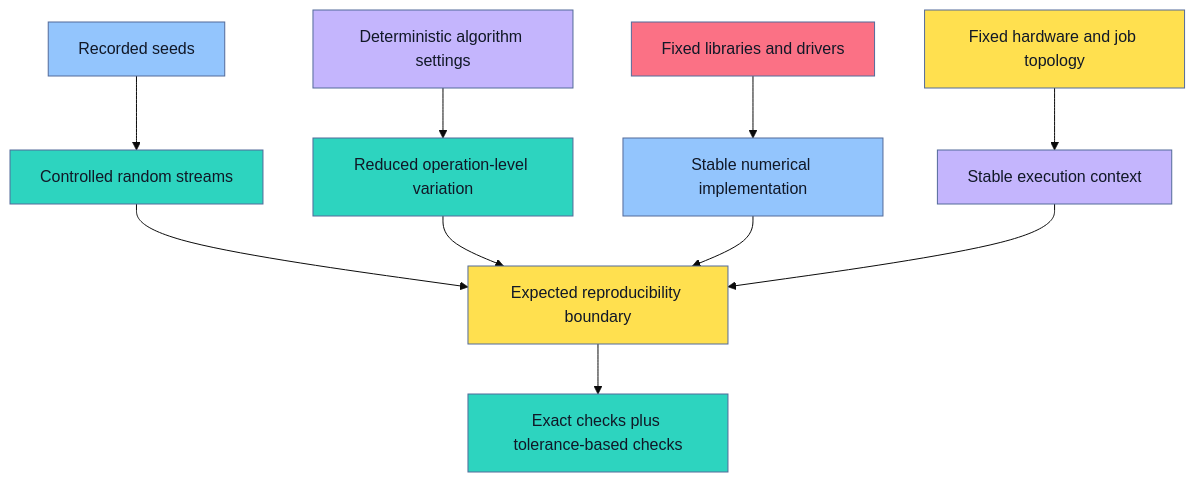
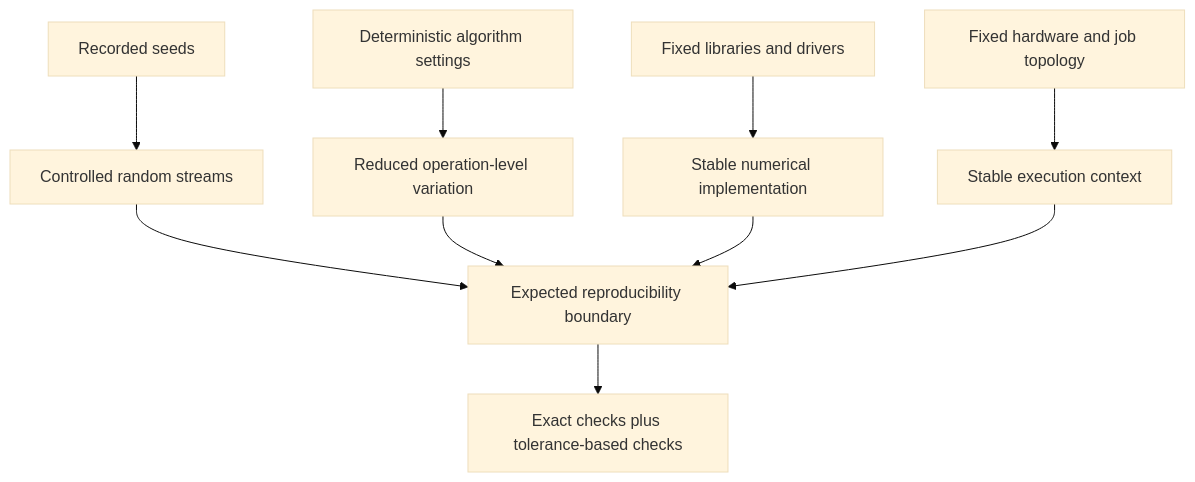
One commit to senlinyy/dev-roadmaps changed the sixth of 9 diagrams in roadmaps/mlops/modules/experiments-and-reproducibility/experiment-tracking/01-reproducible-ml-experiments.md. Above: the diagram before and after it, drawn with Mermaid (base theme). The commit also changed other lines of this file and 152 other files, not shown here.

Commit message:
feat: mlops and diagrams updated

````diff
--- a/roadmaps/mlops/modules/experiments-and-reproducibility/experiment-tracking/01-reproducible-ml-experiments.md
+++ b/roadmaps/mlops/modules/experiments-and-reproducibility/experiment-tracking/01-reproducible-ml-experiments.md
@@ -260,23 +260,23 @@
 ```mermaid
 flowchart TD
     A["Recorded seeds"] --> B["Controlled random streams"]
     C["Deterministic algorithm settings"] --> D["Reduced operation-level variation"]
     E["Fixed libraries and drivers"] --> F["Stable numerical implementation"]
     G["Fixed hardware and job topology"] --> H["Stable execution context"]
     B --> I["Expected reproducibility boundary"]
     D --> I
     F --> I
     H --> I
     I --> J["Exact checks plus tolerance-based checks"]
 
-    style A fill:#93C5FD,stroke:#536A9A,color:#111827
-    style B fill:#2DD4BF,stroke:#536A9A,color:#111827
-    style C fill:#C4B5FD,stroke:#536A9A,color:#111827
-    style D fill:#2DD4BF,stroke:#536A9A,color:#111827
-    style E fill:#FB7185,stroke:#536A9A,color:#111827
-    style F fill:#93C5FD,stroke:#536A9A,color:#111827
-    style G fill:#FFE04F,stroke:#536A9A,color:#111827
-    style H fill:#C4B5FD,stroke:#536A9A,color:#111827
-    style I fill:#FFE04F,stroke:#536A9A,color:#111827
-    style J fill:#2DD4BF,stroke:#536A9A,color:#111827
+    class A dp-mermaid-primary
+    class B dp-mermaid-secondary
+    class C dp-mermaid-tertiary
+    class D dp-mermaid-secondary
+    class E dp-mermaid-quaternary
+    class F dp-mermaid-primary
+    class G dp-mermaid-primary
+    class H dp-mermaid-tertiary
+    class I dp-mermaid-primary
+    class J dp-mermaid-secondary
 ```
````
